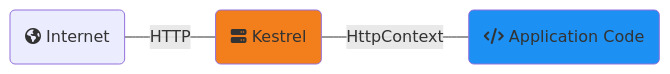
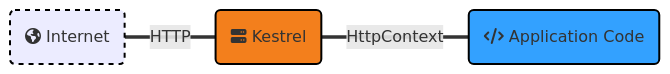
Before and after one commit to IEvangelist/aspnetcore-workshop: the first of 2 diagrams in content/3-hosting/web-host/_index.md, drawn with Mermaid. The commit also changed other lines of this file and 2 other files, not shown here.

```diff
--- a/content/3-hosting/web-host/_index.md
+++ b/content/3-hosting/web-host/_index.md
@@ -16,9 +21,15 @@
 {{<mermaid>}}
 graph LR;
-    A("fa:fa-globe-americas Internet")--HTTP---B("fa:fa-server Kestrel");
-    B--HttpContext---C("fa:fa-code Application Code");
-    classDef blue fill:#1c90f3;
+    A("fa:fa-globe-americas Internet")==HTTP===B("fa:fa-server Kestrel");
+    B==HttpContext===C("fa:fa-code Application Code");
+    classDef d stroke-dasharray:5,5;
+    classDef b stroke:#000,stroke-width:2px;
+    classDef blue fill:#33a1ff; 
     classDef orange fill:#f37f1c;
+    class A b
+    class A d
     class B orange
+    class B b
     class C blue
+    class C b
 {{< /mermaid >}}
```
